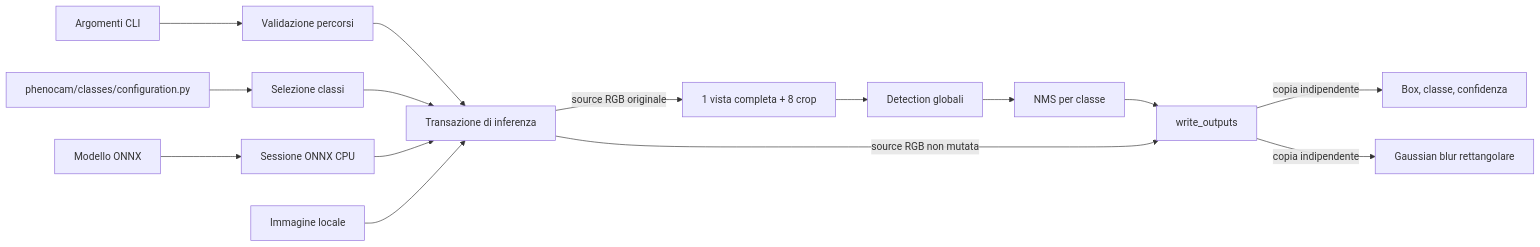
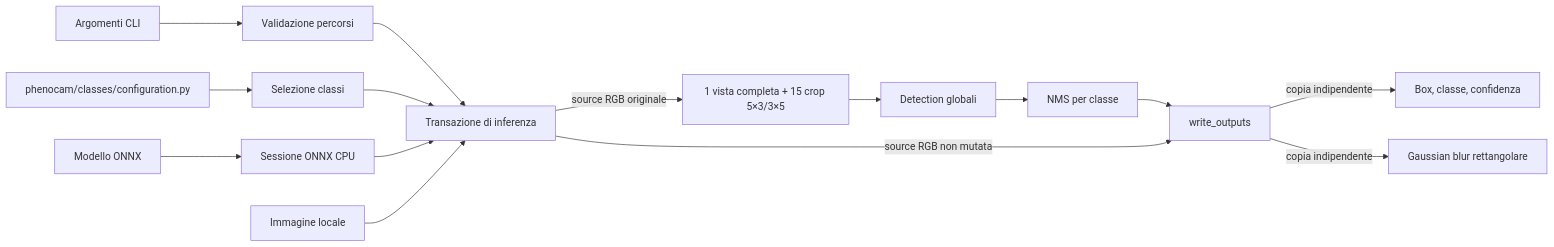
The first of 2 diagrams in docs/architettura.md (e-tufarini-terrasystem/phenocam-vision-edge), drawn with Mermaid before and after one commit. The commit also changed other lines of this file and 2 other files, not shown here.

````diff
--- a/docs/architettura.md
+++ b/docs/architettura.md
@@ -16,17 +16,17 @@
 ```mermaid
 flowchart LR
     CLI[Argomenti CLI] --> Validazione[Validazione percorsi]
     Config[phenocam/classes/configuration.py] --> Selezione[Selezione classi]
     Modello[Modello ONNX] --> Sessione[Sessione ONNX CPU]
     Validazione --> Coordinamento[Transazione di inferenza]
     Selezione --> Coordinamento
     Sessione --> Coordinamento
     Immagine[Immagine locale] --> Coordinamento
-    Coordinamento -->|source RGB originale| Viste[1 vista completa + 8 crop]
+    Coordinamento -->|source RGB originale| Viste[1 vista completa + 15 crop 5×3/3×5]
     Viste --> Detection[Detection globali]
     Detection --> NMS[NMS per classe]
     NMS --> Output[write_outputs]
     Coordinamento -->|source RGB non mutata| Output
     Output -->|copia indipendente| Annotato[Box, classe, confidenza]
     Output -->|copia indipendente| Privacy[Gaussian blur rettangolare]
 ```
````
